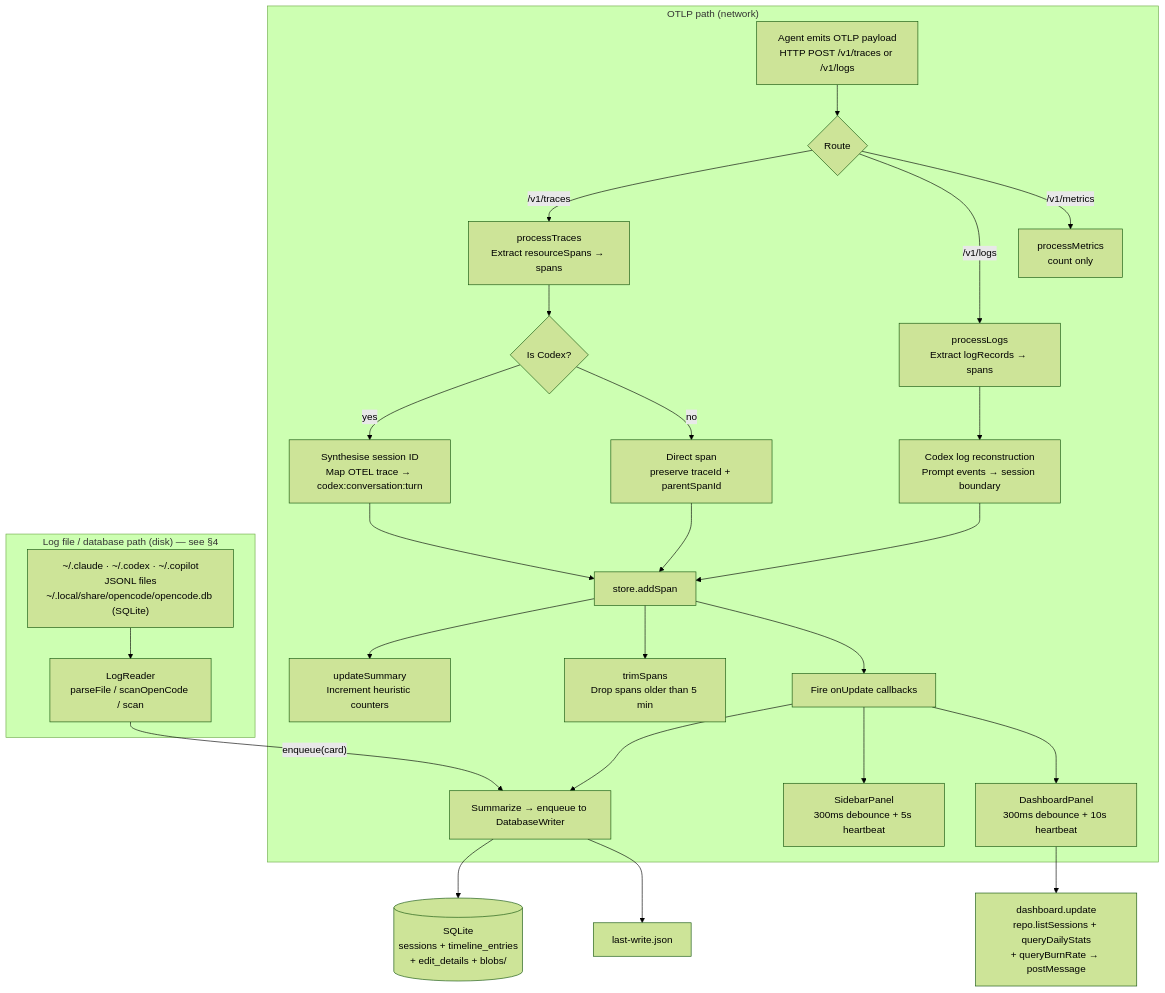
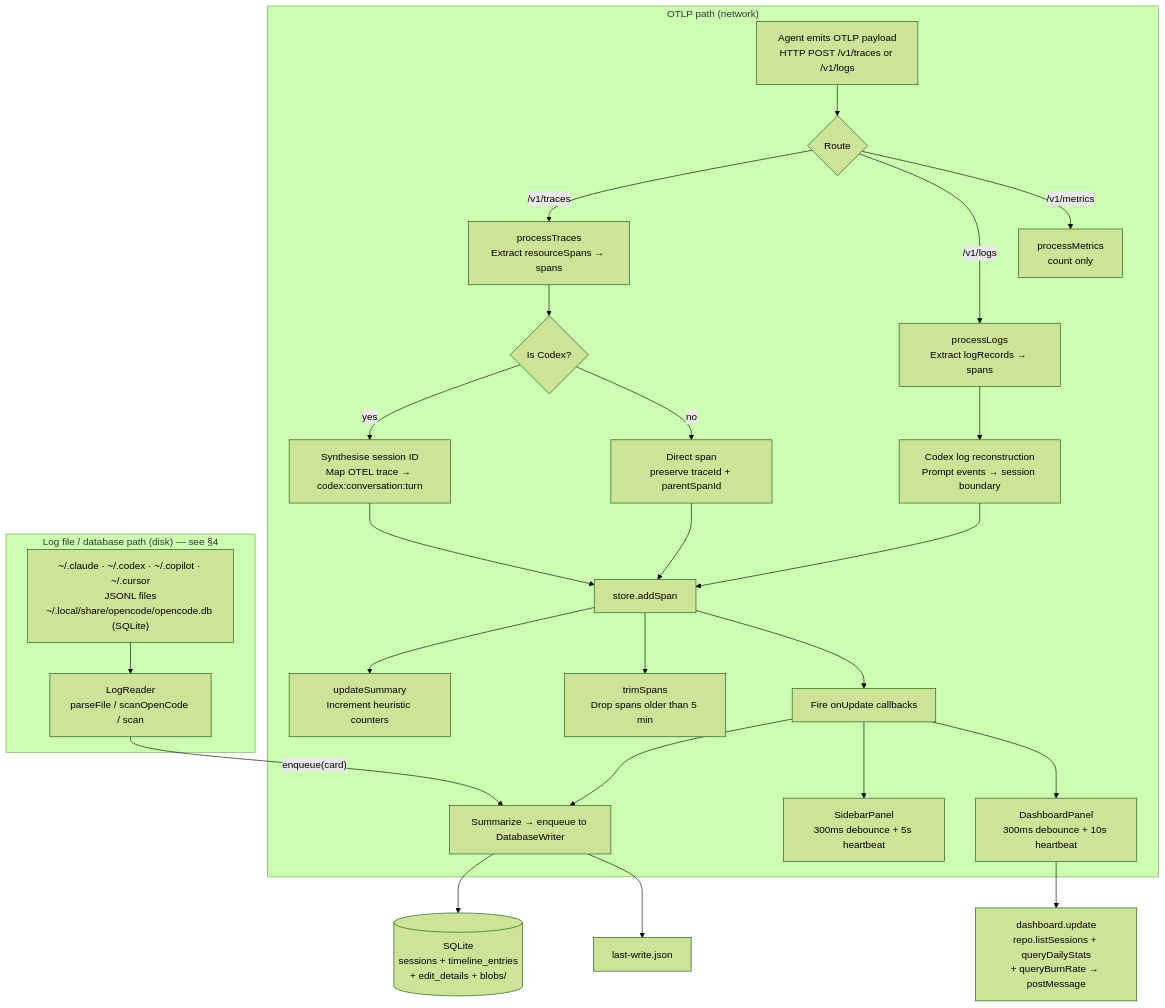
The third of 20 diagrams in ARCHITECTURE.md (traceroost/core), drawn with Mermaid (forest theme) before and after one commit. The commit also changed other lines of this file and 36 other files, not shown here.

````diff
--- a/ARCHITECTURE.md
+++ b/ARCHITECTURE.md
@@ -157,38 +158,38 @@
 ```mermaid
 flowchart TD
     subgraph OTLP["OTLP path (network)"]
         A[Agent emits OTLP payload<br/>HTTP POST /v1/traces or /v1/logs] --> B{Route}
 
         B -- /v1/traces --> T[processTraces<br/>Extract resourceSpans → spans]
         B -- /v1/logs  --> L[processLogs<br/>Extract logRecords → spans]
         B -- /v1/metrics --> M[processMetrics<br/>count only]
 
         T --> NS{Is Codex?}
         NS -- yes --> CS[Synthesise session ID<br/>Map OTEL trace → codex:conversation:turn]
         NS -- no  --> DS[Direct span<br/>preserve traceId + parentSpanId]
 
         L --> LS[Codex log reconstruction<br/>Prompt events → session boundary]
 
         CS --> ADD[store.addSpan]
         DS --> ADD
         LS --> ADD
 
         ADD --> UPD[updateSummary<br/>Increment heuristic counters]
         ADD --> TRIM[trimSpans<br/>Drop spans older than 5 min]
         ADD --> CB[Fire onUpdate callbacks]
 
         CB --> WRITE[Summarize → enqueue to DatabaseWriter]
         CB --> SID_CB[SidebarPanel<br/>300ms debounce + 5s heartbeat]
         CB --> DSH_CB[DashboardPanel<br/>300ms debounce + 10s heartbeat]
     end
 
     subgraph LOGS["Log file / database path (disk) — see §4"]
-        LF["~/.claude · ~/.codex · ~/.copilot<br/>JSONL files<br/>~/.local/share/opencode/opencode.db (SQLite)"] --> LR[LogReader<br/>parseFile / scanOpenCode / scan]
+        LF["~/.claude · ~/.codex · ~/.copilot · ~/.cursor<br/>JSONL files<br/>~/.local/share/opencode/opencode.db (SQLite)"] --> LR[LogReader<br/>parseFile / scanOpenCode / scan]
         LR -- "enqueue(card)" --> WRITE
     end
 
     WRITE --> SQLITE[(SQLite<br/>sessions + timeline_entries<br/>+ edit_details + blobs/)]
     WRITE --> SIG[last-write.json]
 
     DSH_CB --> DSH_U[dashboard.update<br/>repo.listSessions + queryDailyStats<br/>+ queryBurnRate → postMessage]
 ```
````
